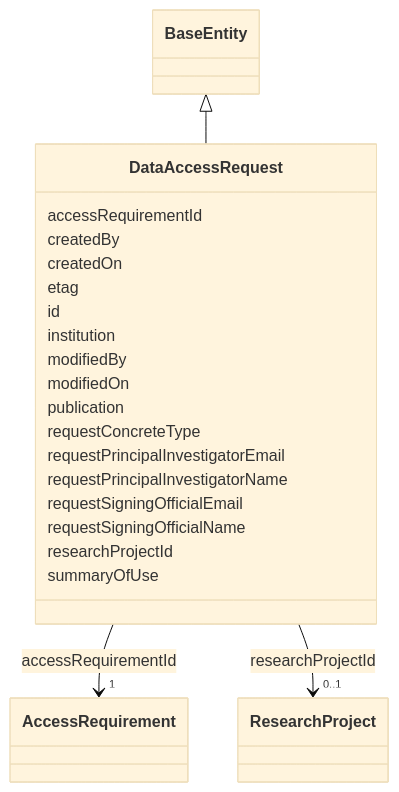
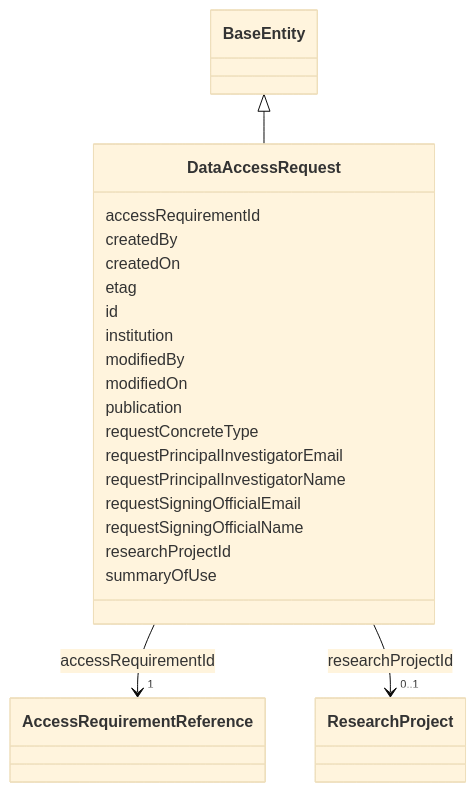
One commit to mc2-center/governanceDUO changed the diagram in docs/reference/classes/DataAccessRequest.md. Above: the diagram before and after it, drawn with Mermaid (base theme). The commit also changed other lines of this file and 18 other files, not shown here.

First line of the commit message:
Update docs for the AccessRequirementReference class

````diff
--- a/docs/reference/classes/DataAccessRequest.md
+++ b/docs/reference/classes/DataAccessRequest.md
@@ -25,59 +25,59 @@
 ```mermaid
  classDiagram
     class DataAccessRequest
     click DataAccessRequest href "../../classes/DataAccessRequest/"
       BaseEntity <|-- DataAccessRequest
         click BaseEntity href "../../classes/BaseEntity/"
       
       DataAccessRequest : accessRequirementId
         
           
     
         
         
-        DataAccessRequest --> "1" AccessRequirement : accessRequirementId
-        click AccessRequirement href "../../classes/AccessRequirement/"
+        DataAccessRequest --> "1" AccessRequirementReference : accessRequirementId
+        click AccessRequirementReference href "../../classes/AccessRequirementReference/"
     
 
         
       DataAccessRequest : createdBy
         
       DataAccessRequest : createdOn
         
       DataAccessRequest : etag
         
       DataAccessRequest : id
         
       DataAccessRequest : institution
         
       DataAccessRequest : modifiedBy
         
       DataAccessRequest : modifiedOn
         
       DataAccessRequest : publication
         
       DataAccessRequest : requestConcreteType
         
       DataAccessRequest : requestPrincipalInvestigatorEmail
         
       DataAccessRequest : requestPrincipalInvestigatorName
         
       DataAccessRequest : requestSigningOfficialEmail
         
       DataAccessRequest : requestSigningOfficialName
         
       DataAccessRequest : researchProjectId
         
           
     
         
         
         DataAccessRequest --> "0..1" ResearchProject : researchProjectId
         click ResearchProject href "../../classes/ResearchProject/"
     
 
         
       DataAccessRequest : summaryOfUse
         
       
 ```
````
